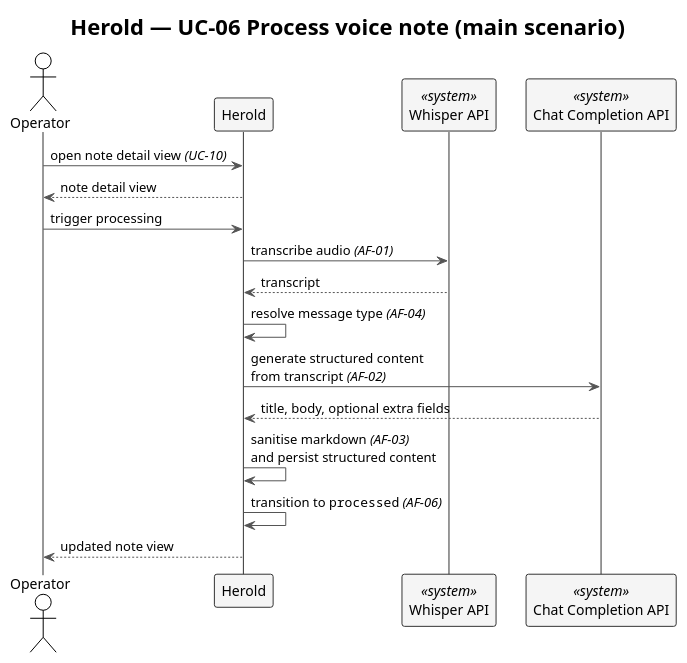
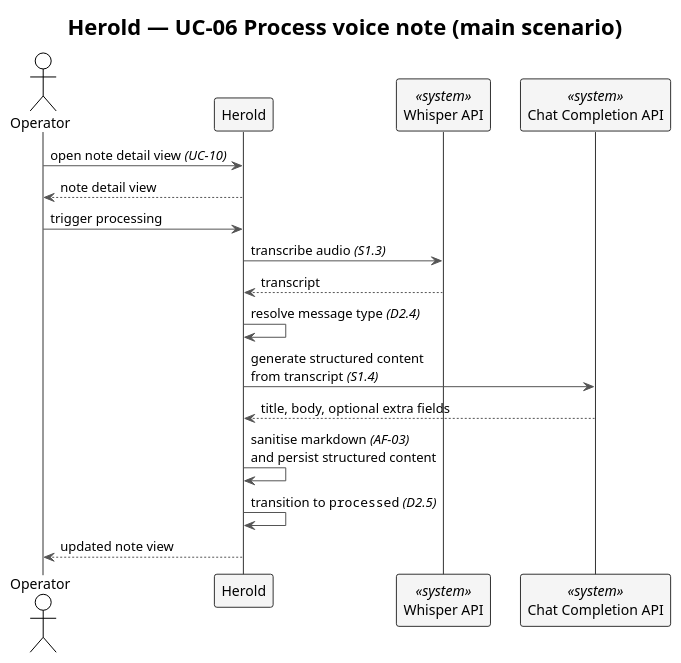
Before and after one commit to carstenlucke/herold: the diagram in docs/spec/diagrams/f2-uc06-process-note.plantuml, drawn with PlantUML. The commit also changed 13 other files, not shown here.

```diff
--- a/docs/spec/diagrams/f2-uc06-process-note.plantuml
+++ b/docs/spec/diagrams/f2-uc06-process-note.plantuml
@@ -1,31 +1,31 @@
 @startuml f2-uc06-process-note
 !theme plain
 skinparam shadowing false
 skinparam ArrowColor #555555
 skinparam SequenceLifeLineBorderColor #333333
 skinparam SequenceParticipantBorderColor #333333
 skinparam SequenceParticipantBackgroundColor #F5F5F5
 skinparam SequenceReferenceBackgroundColor #F0E8FF
 skinparam SequenceGroupBodyBackgroundColor transparent
 
 title Herold — UC-06 Process voice note (main scenario)
 
 actor       "Operator"            as OP
 participant "Herold"               as SYS
 participant "Whisper API"          as WHISPER <<system>>
 participant "Chat Completion API"  as CHAT    <<system>>
 
 OP  ->  SYS     : open note detail view //(UC-10)//
 SYS --> OP      : note detail view
 
 OP  ->  SYS     : trigger processing
-SYS ->  WHISPER : transcribe audio //(AF-01)//
+SYS ->  WHISPER : transcribe audio //(S1.3)//
 WHISPER --> SYS : transcript
-SYS ->  SYS     : resolve message type //(AF-04)//
-SYS ->  CHAT    : generate structured content\nfrom transcript //(AF-02)//
+SYS ->  SYS     : resolve message type //(D2.4)//
+SYS ->  CHAT    : generate structured content\nfrom transcript //(S1.4)//
 CHAT --> SYS    : title, body, optional extra fields
 SYS ->  SYS     : sanitise markdown //(AF-03)//\nand persist structured content
-SYS ->  SYS     : transition to ""processed"" //(AF-06)//
+SYS ->  SYS     : transition to ""processed"" //(D2.5)//
 SYS --> OP      : updated note view
 
 @enduml
```
